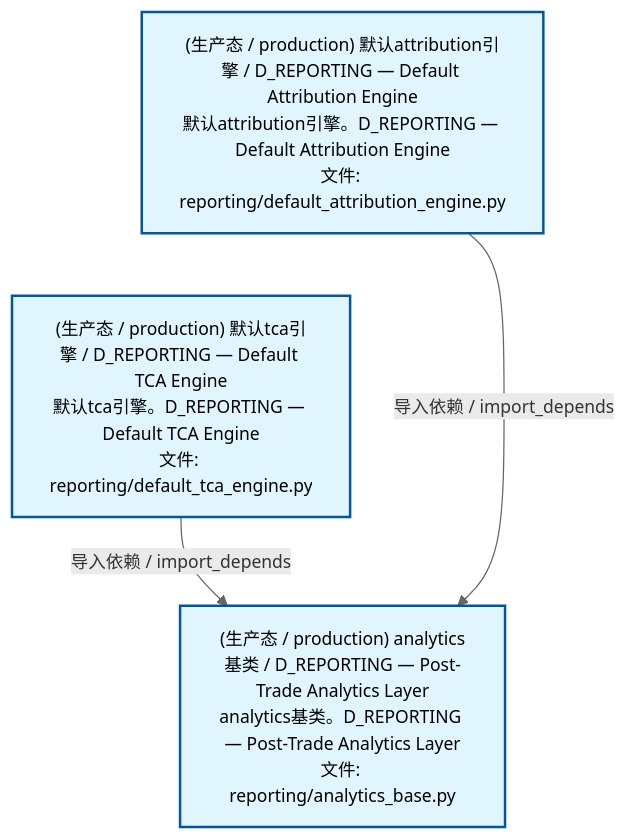
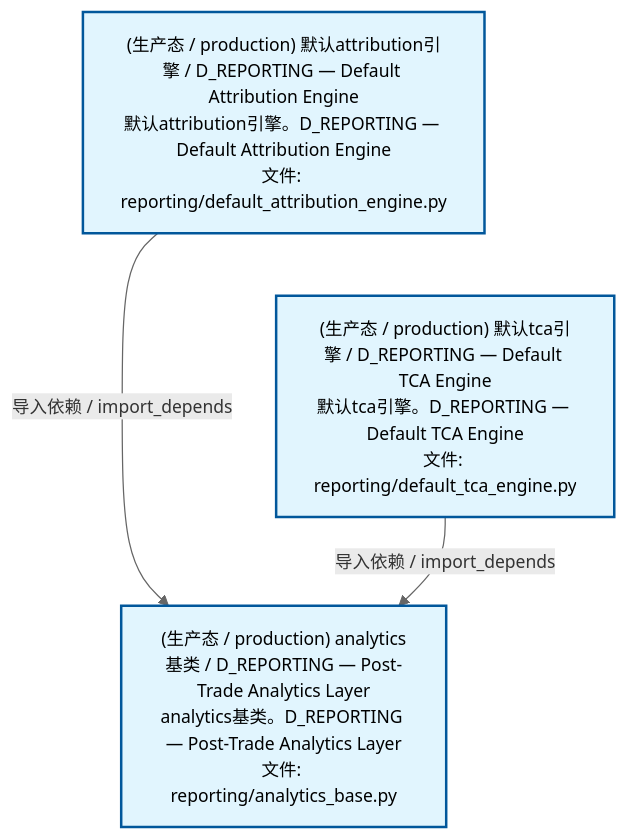
One commit to xuanFelixVan/ZephyrAlpha changed the second of 4 diagrams in docs/02_enterprise_architecture/02_domain_architecture_docs/26_d_reporting.md. Above: the diagram before and after it, drawn with Mermaid. The commit also changed other lines of this file and 50 other files, not shown here.

````diff
--- a/docs/02_enterprise_architecture/02_domain_architecture_docs/26_d_reporting.md
+++ b/docs/02_enterprise_architecture/02_domain_architecture_docs/26_d_reporting.md
@@ -117,15 +117,15 @@
 ```mermaid
 %%{init: {'theme': 'base', 'themeVariables': {'primaryColor': '#eaeaea', 'primaryTextColor': '#333333', 'primaryBorderColor': '#666666', 'lineColor': '#666666', 'secondaryColor': '#eaeaea', 'tertiaryColor': '#eaeaea', 'fontSize': '14px'}}}%%
 flowchart TD
     src_zephyr_reporting_default_attribution_engine_py["(生产态 / production) 默认attribution引擎 / D_REPORTING — Default Attribution Engine<br/>默认attribution引擎。D_REPORTING — Default Attribution Engine<br/>文件: reporting/default_attribution_engine.py"]
     src_zephyr_reporting_default_tca_engine_py["(生产态 / production) 默认tca引擎 / D_REPORTING — Default TCA Engine<br/>默认tca引擎。D_REPORTING — Default TCA Engine<br/>文件: reporting/default_tca_engine.py"]
     src_zephyr_reporting_default_attribution_engine_py ~~~ src_zephyr_reporting_default_tca_engine_py
     src_zephyr_reporting_analytics_base_py["(生产态 / production) analytics基类 / D_REPORTING — Post-Trade Analytics Layer<br/>analytics基类。D_REPORTING — Post-Trade Analytics Layer<br/>文件: reporting/analytics_base.py"]
+    src_zephyr_reporting_default_attribution_engine_py -->|导入依赖 / import_depends| src_zephyr_reporting_analytics_base_py
     src_zephyr_reporting_default_tca_engine_py -->|导入依赖 / import_depends| src_zephyr_reporting_analytics_base_py
-    src_zephyr_reporting_default_attribution_engine_py -->|导入依赖 / import_depends| src_zephyr_reporting_analytics_base_py
     classDef production fill:#e1f5fe,stroke:#01579b,stroke-width:2px,color:#000
     classDef design fill:#fff3e0,stroke:#e65100,stroke-width:2px,color:#000,stroke-dasharray: 5 5
     classDef external_prod fill:#e8f4fd,stroke:#0277bd,stroke-width:1px,color:#000
     classDef external_design fill:#fff8e7,stroke:#ef6c00,stroke-width:1px,color:#000,stroke-dasharray: 5 5
     class src_zephyr_reporting_analytics_base_py,src_zephyr_reporting_default_attribution_engine_py,src_zephyr_reporting_default_tca_engine_py production
 ```
````
